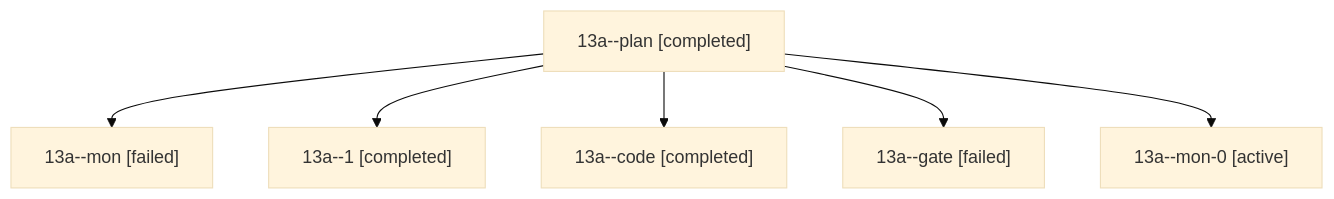
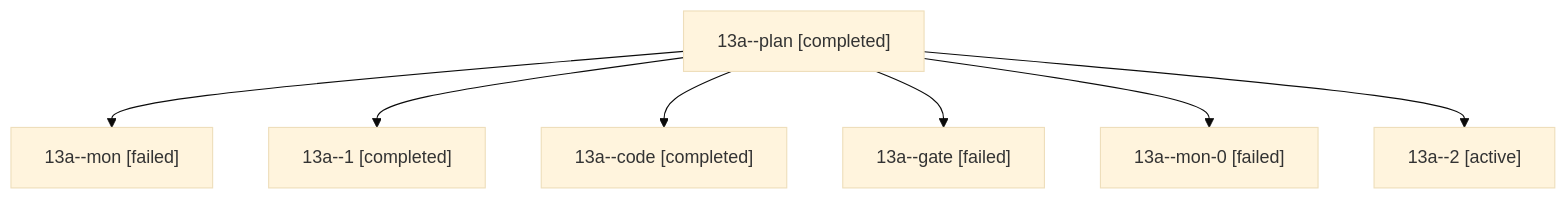
One commit to bobs-org/bob-cli--agents changed the diagram in sessions/bbugyi200.athena.13a.md. Above: the diagram before and after it, drawn with Mermaid (base theme). The commit also changed other lines of this file and 72 other files, not shown here.

````diff
--- a/sessions/bbugyi200.athena.13a.md
+++ b/sessions/bbugyi200.athena.13a.md
@@ -9,14 +9,16 @@
 ```mermaid
 flowchart TD
   n0["13a--plan [completed]"]
   n1["13a--mon [failed]"]
   n0 --> n1
   n2["13a--1 [completed]"]
   n0 --> n2
   n3["13a--code [completed]"]
   n0 --> n3
   n4["13a--gate [failed]"]
   n0 --> n4
-  n5["13a--mon-0 [active]"]
+  n5["13a--mon-0 [failed]"]
   n0 --> n5
+  n6["13a--2 [active]"]
+  n0 --> n6
 ```
````
